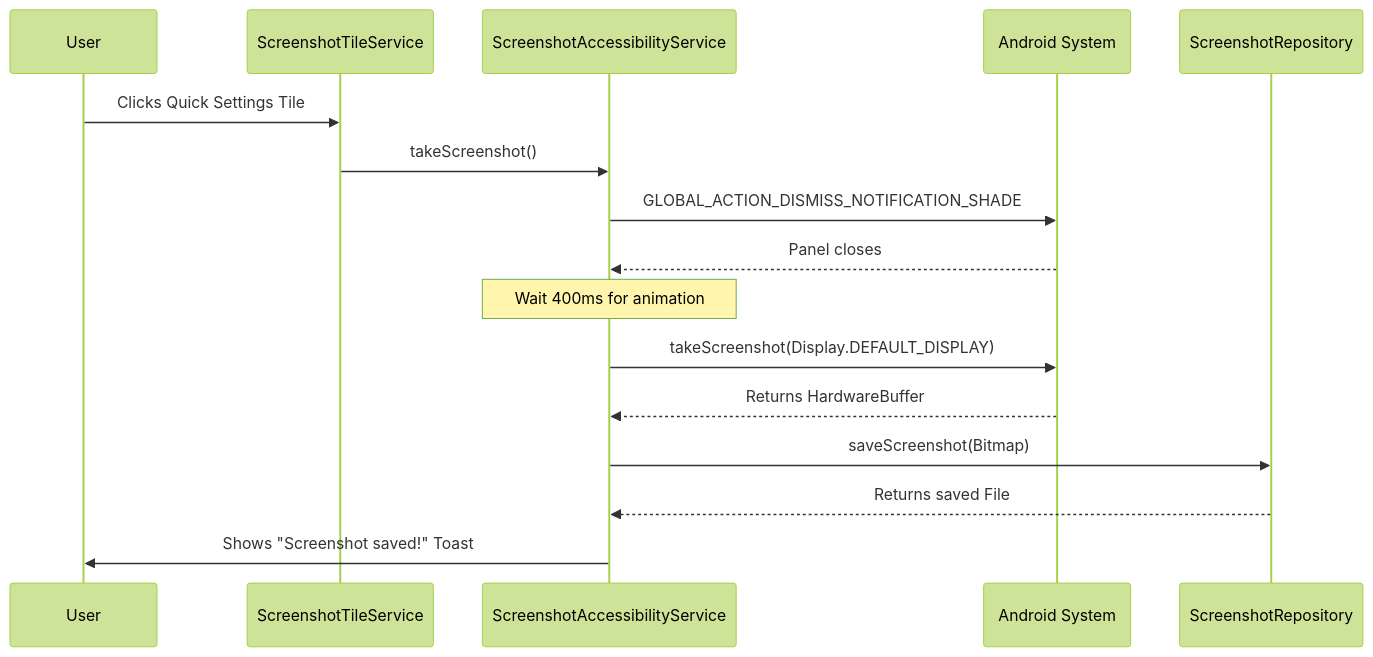
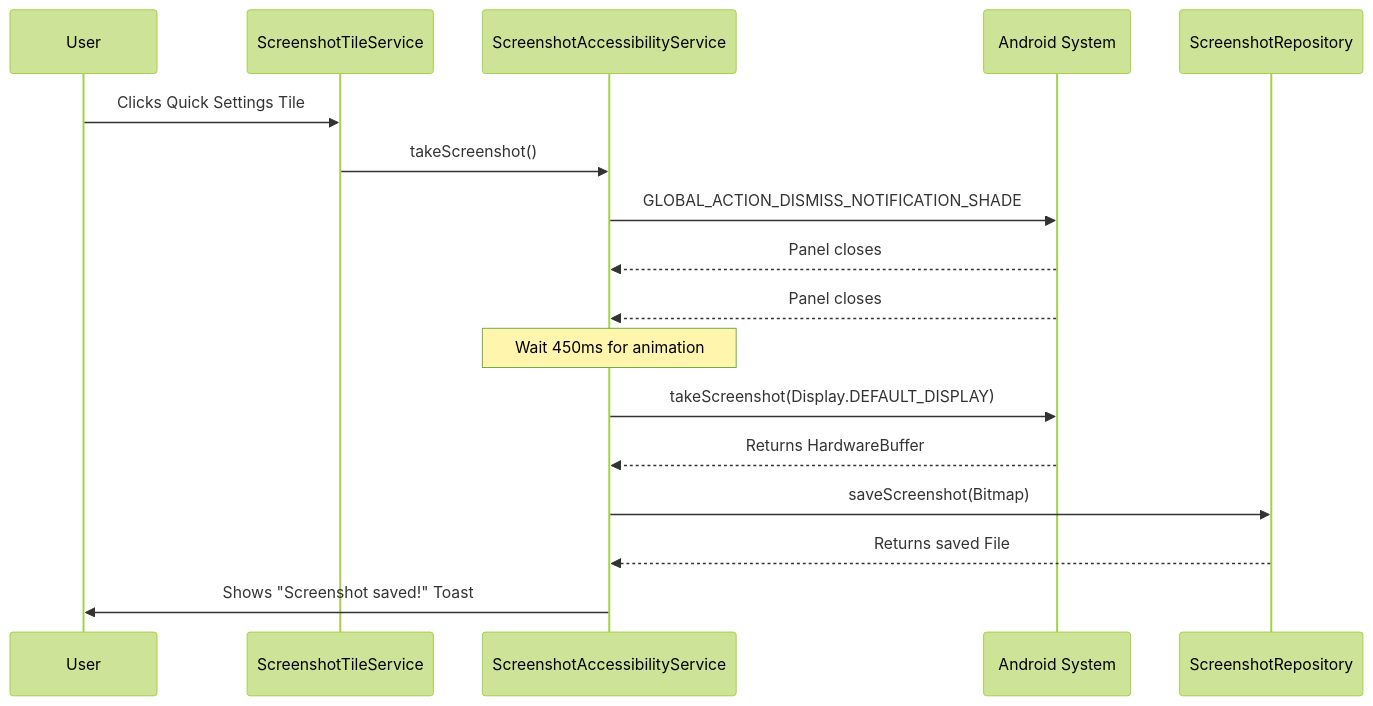
One commit to BFCmath/snapshort changed the diagram in docs/architecture.md. Above: the diagram before and after it, drawn with Mermaid (forest theme). The commit also changed other lines of this file and 3 other files, not shown here.

````diff
--- a/docs/architecture.md
+++ b/docs/architecture.md
@@ -13,19 +13,20 @@
 ```mermaid
 sequenceDiagram
     participant User
     participant Tile as ScreenshotTileService
     participant Acc as ScreenshotAccessibilityService
     participant System as Android System
     participant Repo as ScreenshotRepository
 
     User->>Tile: Clicks Quick Settings Tile
     Tile->>Acc: takeScreenshot()
     Acc->>System: GLOBAL_ACTION_DISMISS_NOTIFICATION_SHADE
     System-->>Acc: Panel closes
-    Note over Acc: Wait 400ms for animation
+    System-->>Acc: Panel closes
+    Note over Acc: Wait 450ms for animation
     Acc->>System: takeScreenshot(Display.DEFAULT_DISPLAY)
     System-->>Acc: Returns HardwareBuffer
     Acc->>Repo: saveScreenshot(Bitmap)
     Repo-->>Acc: Returns saved File
     Acc->>User: Shows "Screenshot saved!" Toast
 ```
````
